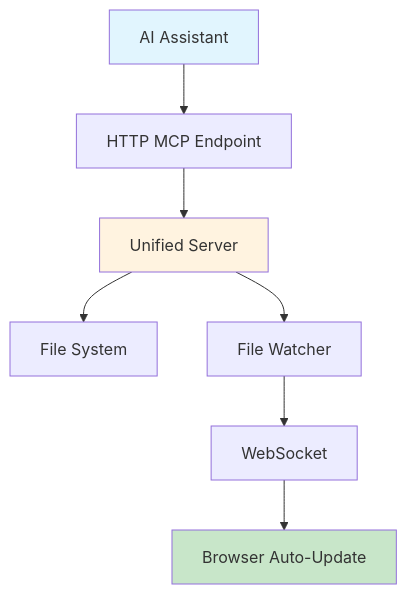
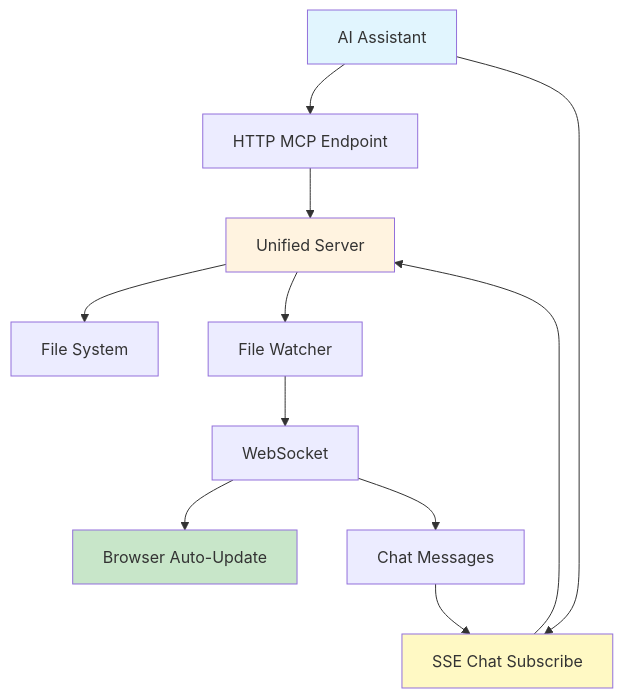
One commit to asynkron/Asynkron.LiveView changed the first of 2 diagrams in README.md. Above: the diagram before and after it, drawn with Mermaid. The commit also changed other lines of this file, not shown here.

Commit message:
Update documentation for SSE chat endpoint

````diff
--- a/README.md
+++ b/README.md
@@ -300,13 +313,18 @@
 ```mermaid
 graph TD
     A[AI Assistant] --> B[HTTP MCP Endpoint]
+    A --> H[SSE Chat Subscribe]
     B --> C[Unified Server]
+    H --> C
     C --> D[File System]
     C --> E[File Watcher]
     E --> F[WebSocket]
     F --> G[Browser Auto-Update]
+    F --> I[Chat Messages]
+    I --> H
     
     style A fill:#e1f5fe
     style C fill:#fff3e0
     style G fill:#c8e6c9
+    style H fill:#fff9c4
 ```
````
